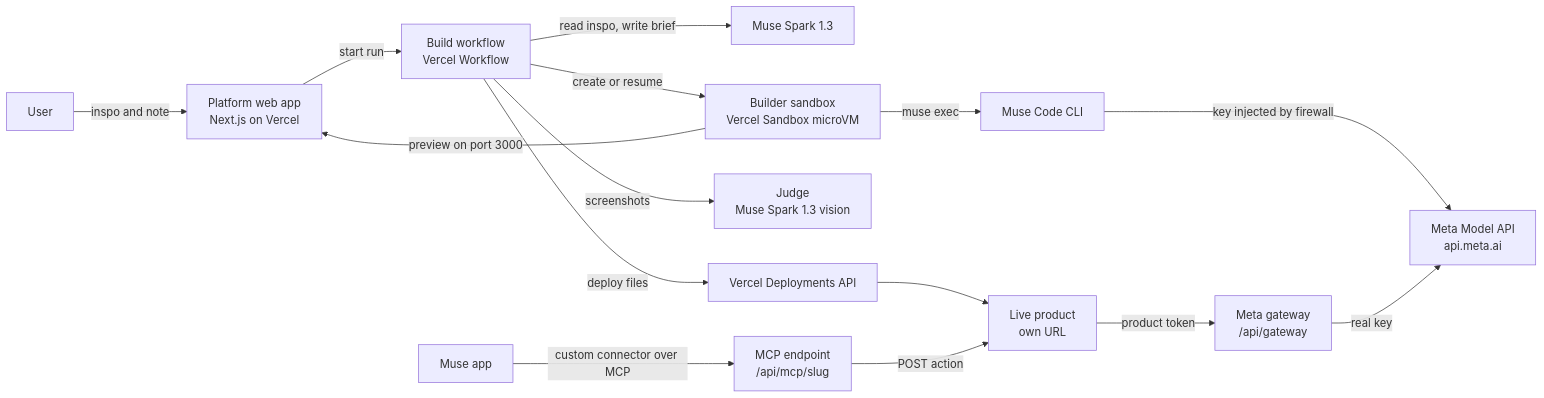
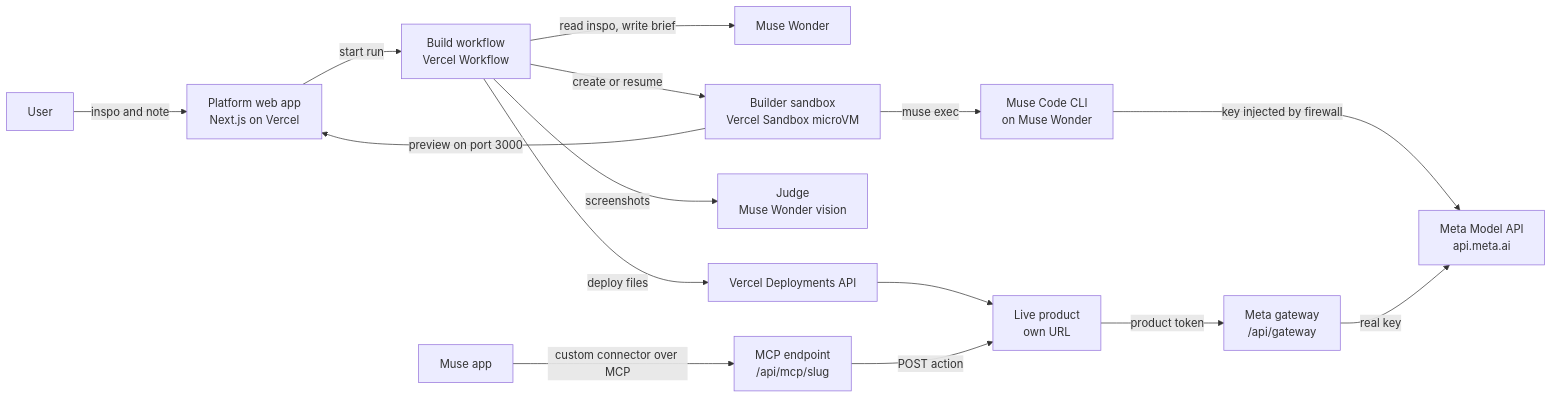
Before and after one commit to Offline-Base/muse-muse: the diagram in docs/DESIGN.md, drawn with Mermaid. The commit also changed other lines of this file and 5 other files, not shown here.

First line of the commit message:
Docs and rebuild plans name Muse Wonder instead of Spark 1.3

````diff
--- a/docs/DESIGN.md
+++ b/docs/DESIGN.md
@@ -53,17 +53,17 @@
 ```mermaid
 flowchart LR
   U[User] -->|inspo and note| W[Platform web app<br/>Next.js on Vercel]
   W -->|start run| WF[Build workflow<br/>Vercel Workflow]
-  WF -->|read inspo, write brief| SP[Muse Spark 1.3]
+  WF -->|read inspo, write brief| SP[Muse Wonder]
   WF -->|create or resume| SB[Builder sandbox<br/>Vercel Sandbox microVM]
-  SB -->|muse exec| MC[Muse Code CLI]
+  SB -->|muse exec| MC[Muse Code CLI<br/>on Muse Wonder]
   MC -->|key injected by firewall| API[Meta Model API<br/>api.meta.ai]
   SB -->|preview on port 3000| W
-  WF -->|screenshots| J[Judge<br/>Muse Spark 1.3 vision]
+  WF -->|screenshots| J[Judge<br/>Muse Wonder vision]
   WF -->|deploy files| V[Vercel Deployments API]
   V --> P[Live product<br/>own URL]
   P -->|product token| G[Meta gateway<br/>/api/gateway]
   G -->|real key| API
   M[Muse app] -->|custom connector over MCP| C[MCP endpoint<br/>/api/mcp/slug]
   C -->|POST action| P
 ```
````
